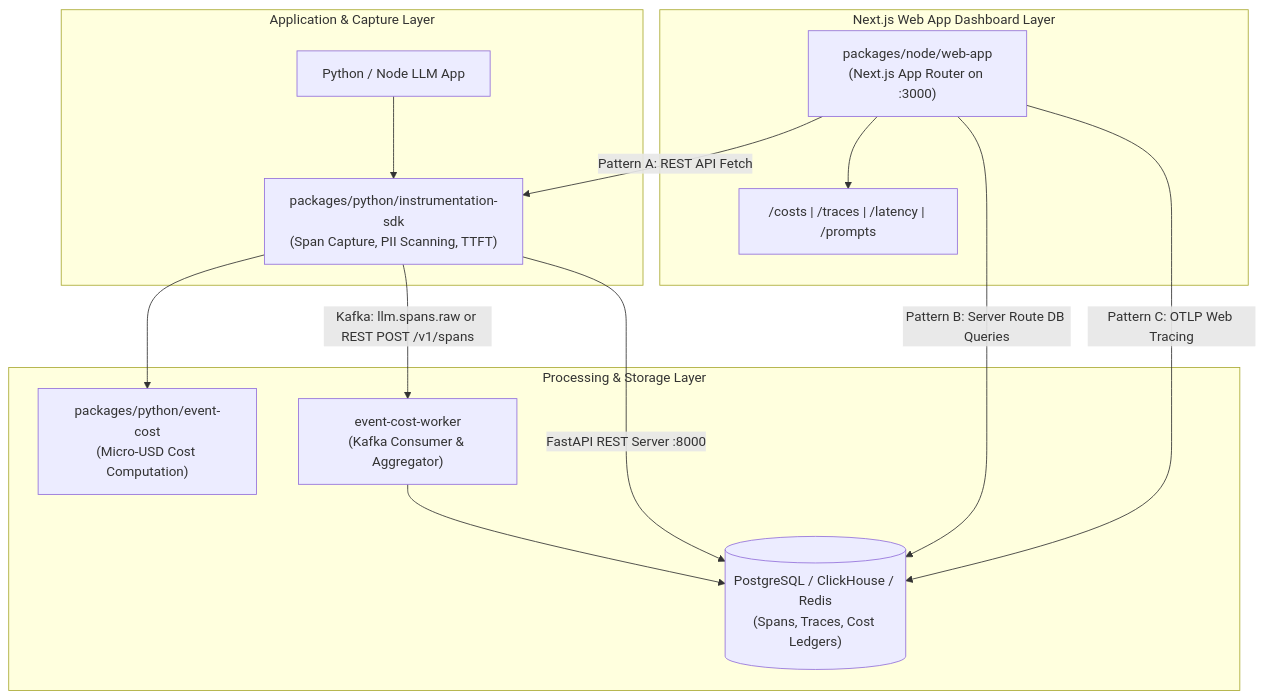
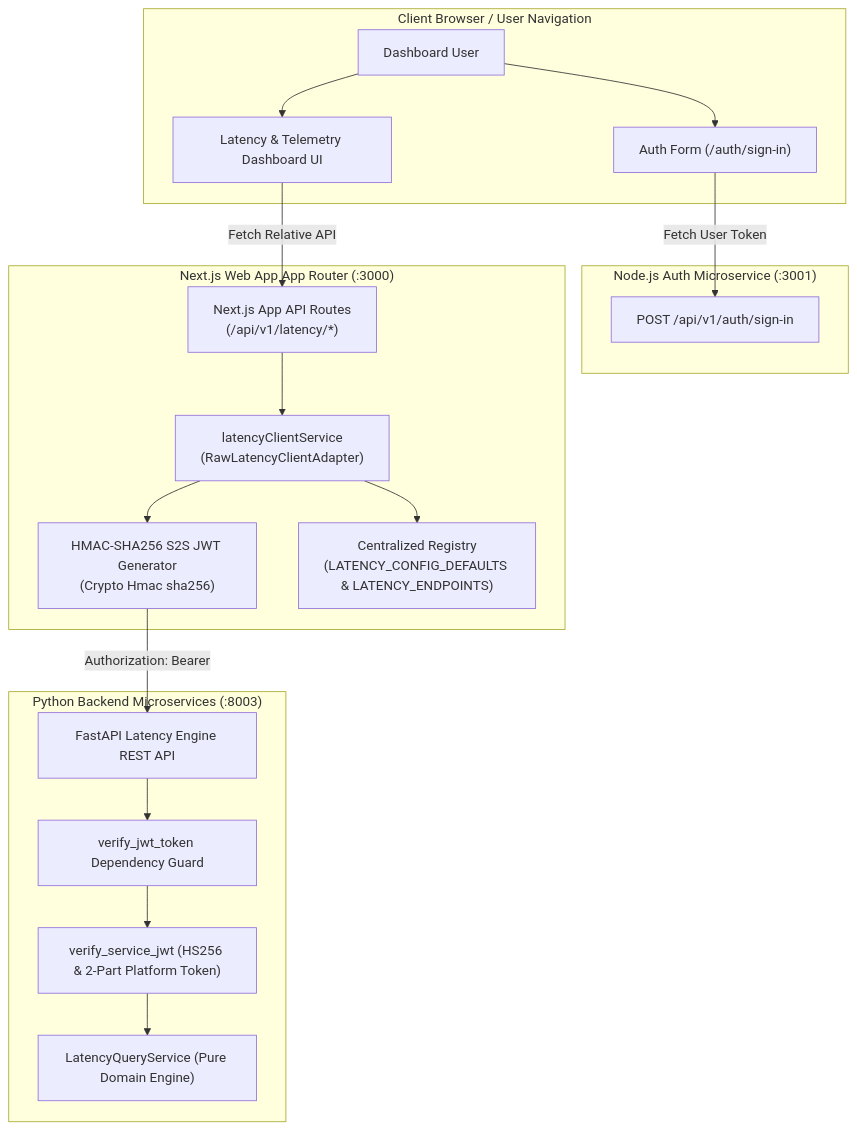
One commit to Chief-Strategist-J/llm-observability-platform changed the first of 3 diagrams in packages/node/web-app/adr/0006-dashboard-telemetry-and-cost-engine-integration.md. Above: the diagram before and after it, drawn with Mermaid. The commit also changed other lines of this file and 2 other files, not shown here.

Commit message:
docs(adr): update ADR-011, ADR-0006, and ADR-013 with in-depth security architecture, HMAC-SHA256 JWT verifiers, and Mermaid diagrams

````diff
--- a/packages/node/web-app/adr/0006-dashboard-telemetry-and-cost-engine-integration.md
+++ b/packages/node/web-app/adr/0006-dashboard-telemetry-and-cost-engine-integration.md
@@ -28,29 +28,39 @@
 ```mermaid
 flowchart TD
-    subgraph AppLayer["Application & Capture Layer"]
-        UserApp["Python / Node LLM App"]
-        SDK["packages/python/instrumentation-sdk\n(Span Capture, PII Scanning, TTFT)"]
-        UserApp --> SDK
+    subgraph ClientBrowser["Client Browser / User Navigation"]
+        User["Dashboard User"]
+        AuthForm["Auth Form (/auth/sign-in)"]
+        DashboardUI["Latency & Telemetry Dashboard UI"]
+        User --> AuthForm
+        User --> DashboardUI
     end
 
-    subgraph ProcessingStorage["Processing & Storage Layer"]
-        CostEngine["packages/python/event-cost\n(Micro-USD Cost Computation)"]
-        CostWorker["event-cost-worker\n(Kafka Consumer & Aggregator)"]
-        AnalyticsDB[("PostgreSQL / ClickHouse / Redis\n(Spans, Traces, Cost Ledgers)")]
-
-        SDK --> CostEngine
-        SDK -->|Kafka: llm.spans.raw or REST POST /v1/spans| CostWorker
-        CostWorker --> AnalyticsDB
-        SDK -->|FastAPI REST Server :8000| AnalyticsDB
+    subgraph AuthMicroservice["Node.js Auth Microservice (:3001)"]
+        SignInApi["POST /api/v1/auth/sign-in"]
+        AuthForm -->|Fetch User Token| SignInApi
     end
 
-    subgraph FrontendLayer["Next.js Web App Dashboard Layer"]
-        WebApp["packages/node/web-app\n(Next.js App Router on :3000)"]
-        DashboardRoutes["/costs | /traces | /latency | /prompts"]
-        
-        WebApp --> DashboardRoutes
-        WebApp -->|Pattern A: REST API Fetch| SDK
-        WebApp -->|Pattern B: Server Route DB Queries| AnalyticsDB
-        WebApp -->|Pattern C: OTLP Web Tracing| AnalyticsDB
+    subgraph WebAppServer["Next.js Web App App Router (:3000)"]
+        NextApiRoutes["Next.js App API Routes\n(/api/v1/latency/*)"]
+        LatencyClientService["latencyClientService\n(RawLatencyClientAdapter)"]
+        S2STokenGen["HMAC-SHA256 S2S JWT Generator\n(Crypto Hmac sha256)"]
+        CentralRegistry["Centralized Registry\n(LATENCY_CONFIG_DEFAULTS & LATENCY_ENDPOINTS)"]
+
+        DashboardUI -->|Fetch Relative API| NextApiRoutes
+        NextApiRoutes --> LatencyClientService
+        LatencyClientService --> S2STokenGen
+        LatencyClientService --> CentralRegistry
+    end
+
+    subgraph PythonBackend["Python Backend Microservices (:8003)"]
+        FastAPIEngine["FastAPI Latency Engine REST API"]
+        JWTGuard["verify_jwt_token Dependency Guard"]
+        JWTVerifier["verify_service_jwt (HS256 & 2-Part Platform Token)"]
+        QueryService["LatencyQueryService (Pure Domain Engine)"]
+
+        S2STokenGen -->|Authorization: Bearer <S2S_JWT>| FastAPIEngine
+        FastAPIEngine --> JWTGuard
+        JWTGuard --> JWTVerifier
+        JWTVerifier --> QueryService
     end
 ```
````
